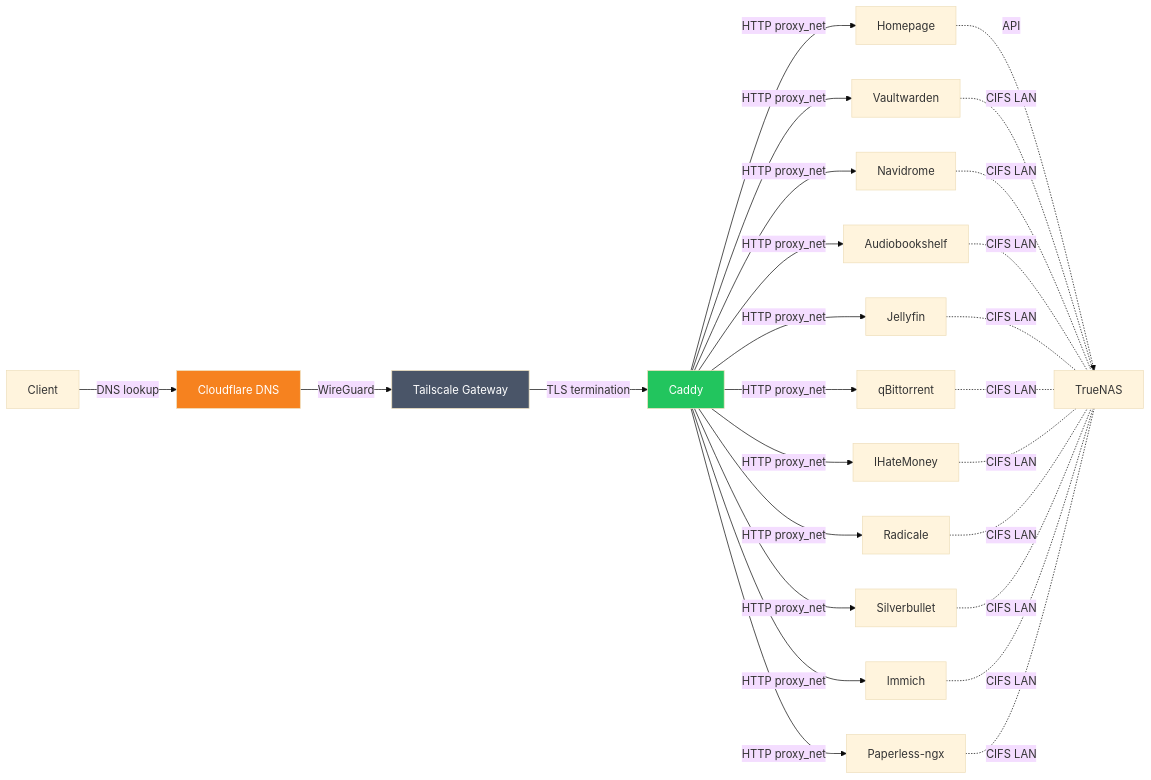
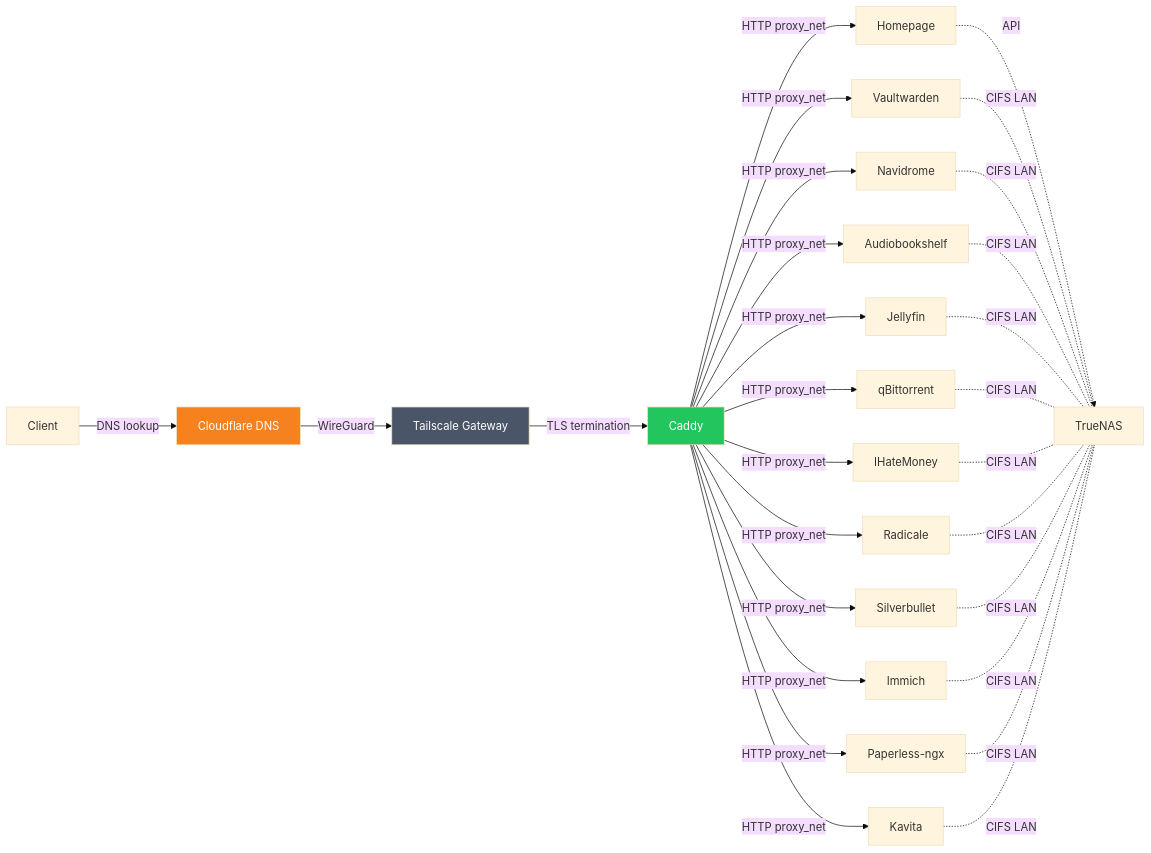
The second of 2 diagrams in README.md (masolnada/homelab), drawn with Mermaid (base theme) before and after one commit. The commit also changed other lines of this file and 3 other files, not shown here.

````diff
--- a/README.md
+++ b/README.md
@@ -92,32 +95,34 @@
 ```mermaid
 graph LR
     Client -->|DNS lookup| CF[Cloudflare DNS]
     CF -->|WireGuard| TS[Tailscale Gateway]
     TS -->|TLS termination| Caddy
     Caddy -->|HTTP proxy_net| Homepage
     Caddy -->|HTTP proxy_net| Vaultwarden
     Caddy -->|HTTP proxy_net| Navidrome
     Caddy -->|HTTP proxy_net| Audiobookshelf
     Caddy -->|HTTP proxy_net| IHateMoney
     Caddy -->|HTTP proxy_net| Jellyfin
     Caddy -->|HTTP proxy_net| qBittorrent
     Caddy -->|HTTP proxy_net| Radicale
     Caddy -->|HTTP proxy_net| Silverbullet
     Caddy -->|HTTP proxy_net| Immich
     Caddy -->|HTTP proxy_net| Paperless[Paperless-ngx]
+    Caddy -->|HTTP proxy_net| Kavita
     Homepage -.->|API| NAS[TrueNAS]
     Vaultwarden -.-|CIFS LAN| NAS
     Navidrome -.-|CIFS LAN| NAS
     Audiobookshelf -.-|CIFS LAN| NAS
     Jellyfin -.-|CIFS LAN| NAS
     qBittorrent -.-|CIFS LAN| NAS
     IHateMoney -.-|CIFS LAN| NAS
     Radicale -.-|CIFS LAN| NAS
     Silverbullet -.-|CIFS LAN| NAS
     Immich -.-|CIFS LAN| NAS
     Paperless -.-|CIFS LAN| NAS
+    Kavita -.-|CIFS LAN| NAS
 
     style CF fill:#f6821f,color:#fff
     style TS fill:#4a5568,color:#fff
     style Caddy fill:#22c55e,color:#fff
 ```
````
